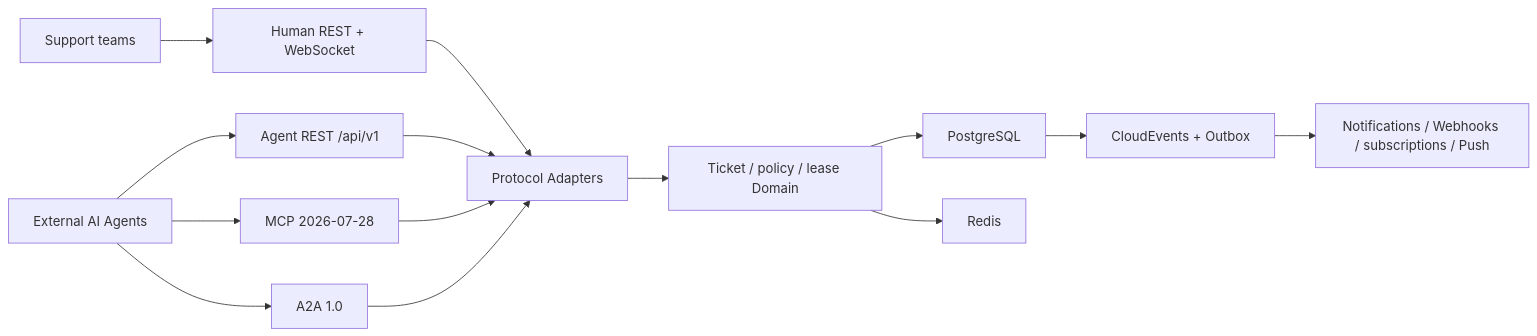
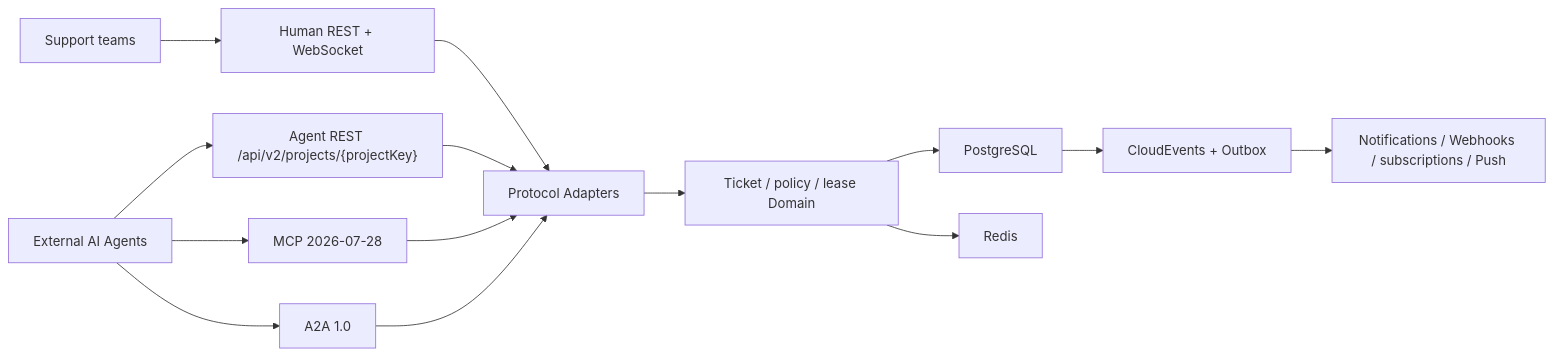
Before and after one commit to seaworld008/chronodesk: the diagram in README.md, drawn with Mermaid. The commit also changed other lines of this file and 360 other files, not shown here.

````diff
--- a/README.md
+++ b/README.md
@@ -50,16 +117,16 @@
 ```mermaid
 flowchart LR
     Users["Support teams"] --> Human["Human REST + WebSocket"]
-    Agents["External AI Agents"] --> REST["Agent REST /api/v1"]
+    Agents["External AI Agents"] --> REST["Agent REST /api/v2/projects/{projectKey}"]
     Agents --> MCP["MCP 2026-07-28"]
     Agents --> A2A["A2A 1.0"]
     Human --> Adapters["Protocol Adapters"]
     REST --> Adapters
     MCP --> Adapters
     A2A --> Adapters
     Adapters --> Domain["Ticket / policy / lease Domain"]
     Domain --> PG["PostgreSQL"]
     Domain --> Redis["Redis"]
     PG --> Outbox["CloudEvents + Outbox"]
     Outbox --> Integrations["Notifications / Webhooks / subscriptions / Push"]
 ```
````
